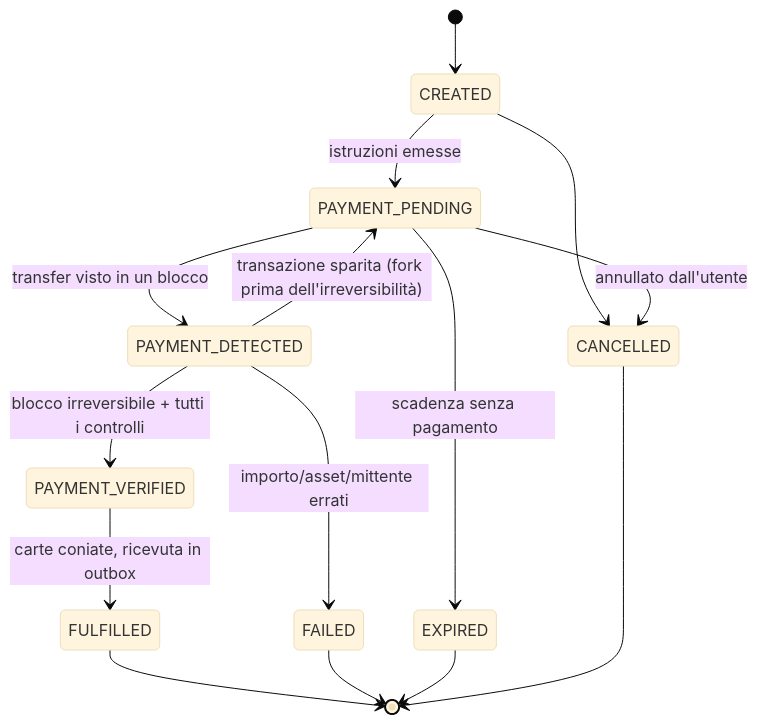
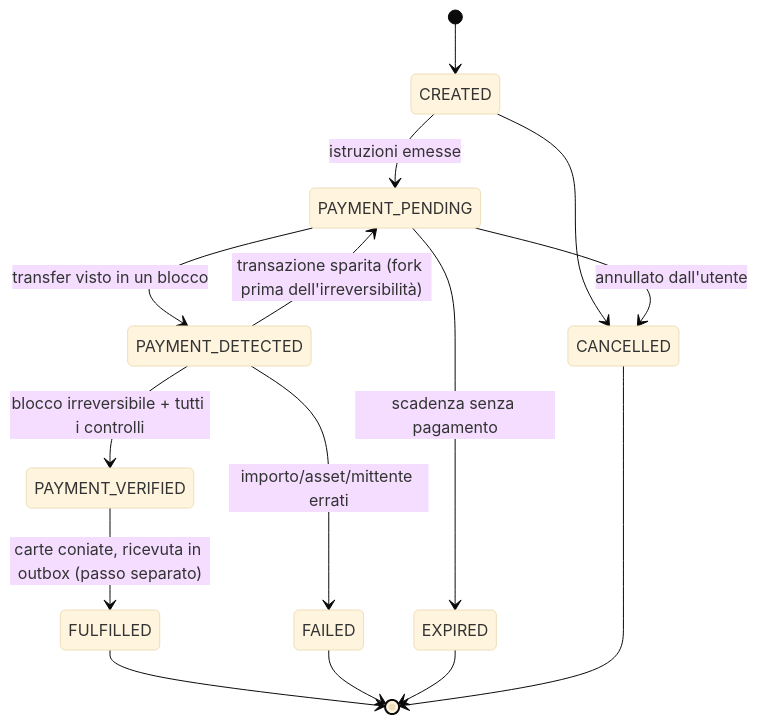
Before and after one commit to davvoz/magic8-tcg: the third of 6 diagrams in docs/tcg/01-architettura.md, drawn with Mermaid (base theme). The commit also changed other lines of this file and 26 other files, not shown here.

````diff
--- a/docs/tcg/01-architettura.md
+++ b/docs/tcg/01-architettura.md
@@ -260,17 +260,17 @@
 ```mermaid
 stateDiagram-v2
   [*] --> CREATED
   CREATED --> PAYMENT_PENDING: istruzioni emesse
   CREATED --> CANCELLED
   PAYMENT_PENDING --> PAYMENT_DETECTED: transfer visto in un blocco
   PAYMENT_PENDING --> EXPIRED: scadenza senza pagamento
   PAYMENT_PENDING --> CANCELLED: annullato dall'utente
   PAYMENT_DETECTED --> PAYMENT_VERIFIED: blocco irreversibile + tutti i controlli
   PAYMENT_DETECTED --> FAILED: importo/asset/mittente errati
   PAYMENT_DETECTED --> PAYMENT_PENDING: transazione sparita (fork prima dell'irreversibilità)
-  PAYMENT_VERIFIED --> FULFILLED: carte coniate, ricevuta in outbox
+  PAYMENT_VERIFIED --> FULFILLED: carte coniate, ricevuta in outbox (passo separato)
   FULFILLED --> [*]
   FAILED --> [*]
   EXPIRED --> [*]
   CANCELLED --> [*]
 ```
````
